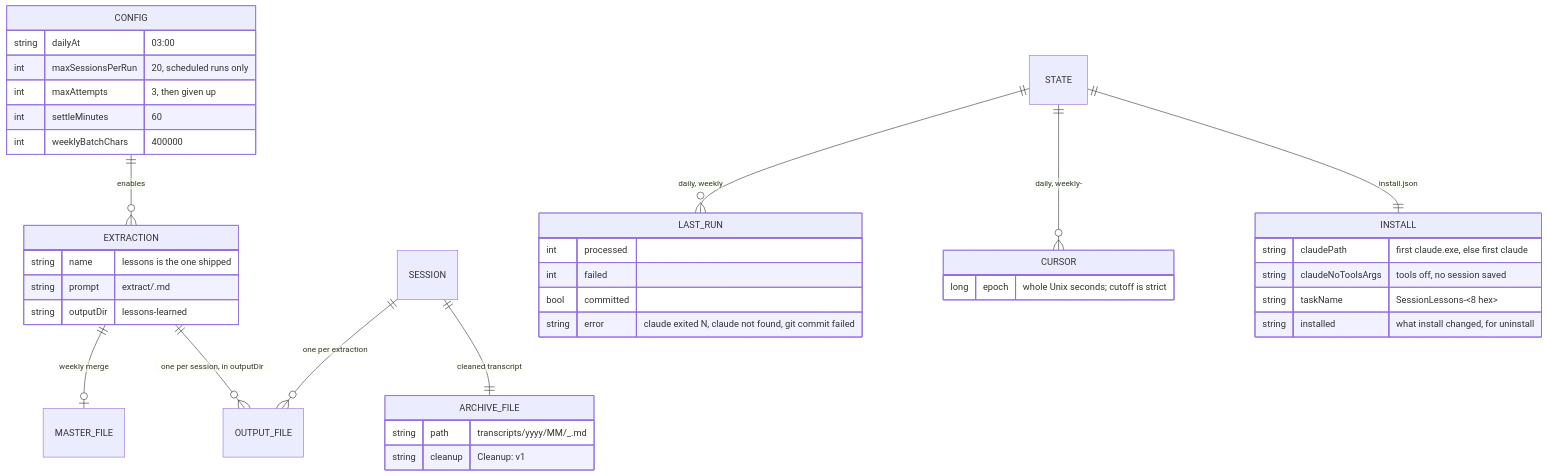
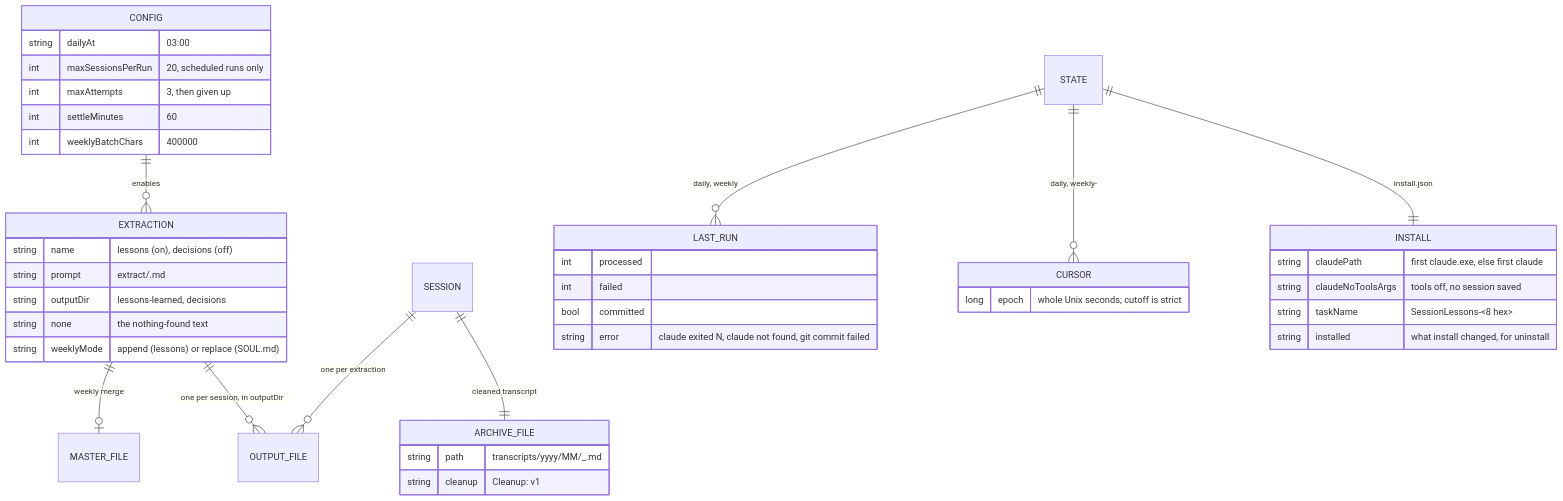
The fourth of 4 diagrams in tools/scheduled-session-digests/product/ARCHITECTURE.md (cheneeheng/claude-code-command-center), drawn with Mermaid before and after one commit. The commit also changed other lines of this file and 26 other files, not shown here.

First line of the commit message:
feat(scheduled-session-digests): add decisions, SOUL.md, and a question queue

````diff
--- a/tools/scheduled-session-digests/product/ARCHITECTURE.md
+++ b/tools/scheduled-session-digests/product/ARCHITECTURE.md
@@ -73,43 +73,45 @@
 ```mermaid
 erDiagram
     CONFIG ||--o{ EXTRACTION : "enables"
     EXTRACTION ||--o{ OUTPUT_FILE : "one per session, in outputDir"
     EXTRACTION ||--o| MASTER_FILE : "weekly merge"
     SESSION ||--|| ARCHIVE_FILE : "cleaned transcript"
     SESSION ||--o{ OUTPUT_FILE : "one per extraction"
     STATE ||--|| INSTALL : "install.json"
     STATE ||--o{ CURSOR : "daily, weekly-<extraction>"
     STATE ||--o{ LAST_RUN : "daily, weekly"
 
     CONFIG {
         string dailyAt "03:00"
         int maxSessionsPerRun "20, scheduled runs only"
         int maxAttempts "3, then given up"
         int settleMinutes "60"
         int weeklyBatchChars "400000"
     }
     EXTRACTION {
-        string name "lessons is the one shipped"
+        string name "lessons (on), decisions (off)"
         string prompt "extract/<name>.md"
-        string outputDir "lessons-learned"
+        string outputDir "lessons-learned, decisions"
+        string none "the nothing-found text"
+        string weeklyMode "append (lessons) or replace (SOUL.md)"
     }
     INSTALL {
         string claudePath "first claude.exe, else first claude"
         string claudeNoToolsArgs "tools off, no session saved"
         string taskName "SessionLessons-<8 hex>"
         string installed "what install changed, for uninstall"
     }
     CURSOR {
         long epoch "whole Unix seconds; cutoff is strict"
     }
     LAST_RUN {
         int processed
         int failed
         bool committed
         string error "claude exited N, claude not found, git commit failed"
     }
     ARCHIVE_FILE {
         string path "transcripts/yyyy/MM/<date>_<uuid>.md"
         string cleanup "Cleanup: v1"
     }
 ```
````
